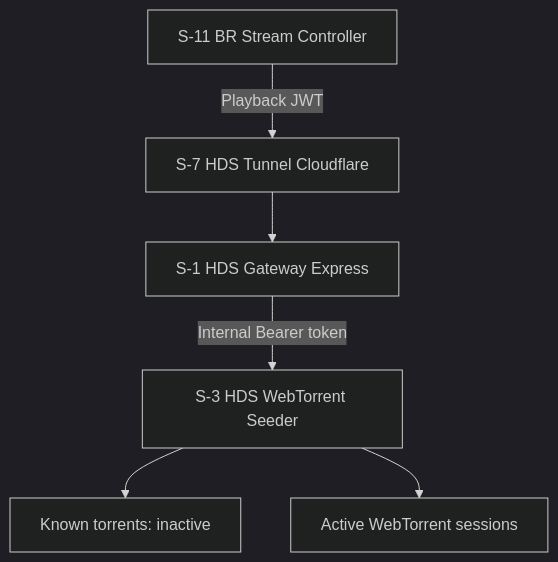
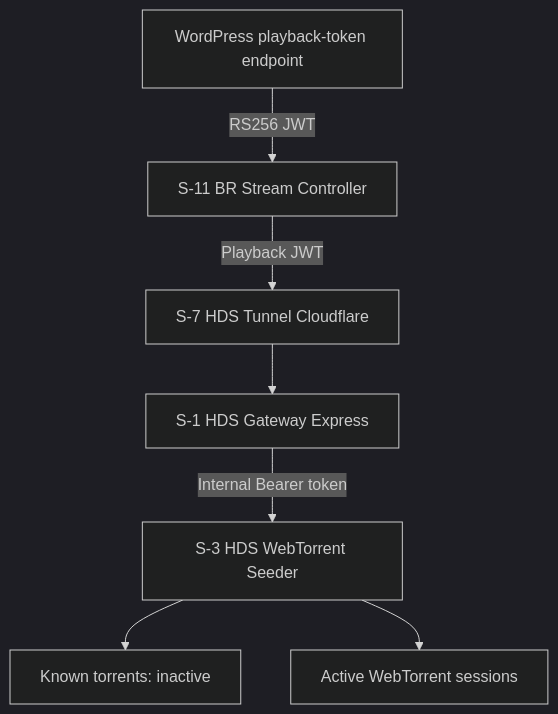
The diagram in Docs/Project/Project-Architecture.md (sonexus-club/Sonexus), drawn with Mermaid (dark theme) before and after one commit. The commit also changed other lines of this file and 8 other files, not shown here.

Commit message:
docs: finalize ADR-005 Command Layer architecture

````diff
--- a/Docs/Project/Project-Architecture.md
+++ b/Docs/Project/Project-Architecture.md
@@ -167,8 +175,9 @@
 ```mermaid
 flowchart TD
-    C["S-11 BR Stream Controller"] -->|"Playback JWT"| T["S-7 HDS Tunnel Cloudflare"]
+    I["WordPress playback-token endpoint"] -->|"RS256 JWT"| C["S-11 BR Stream Controller"]
+    C -->|"Playback JWT"| T["S-7 HDS Tunnel Cloudflare"]
     T --> G["S-1 HDS Gateway Express"]
     G -->|"Internal Bearer token"| S["S-3 HDS WebTorrent Seeder"]
     S --> K["Known torrents: inactive"]
     S --> A["Active WebTorrent sessions"]
 ```
````
